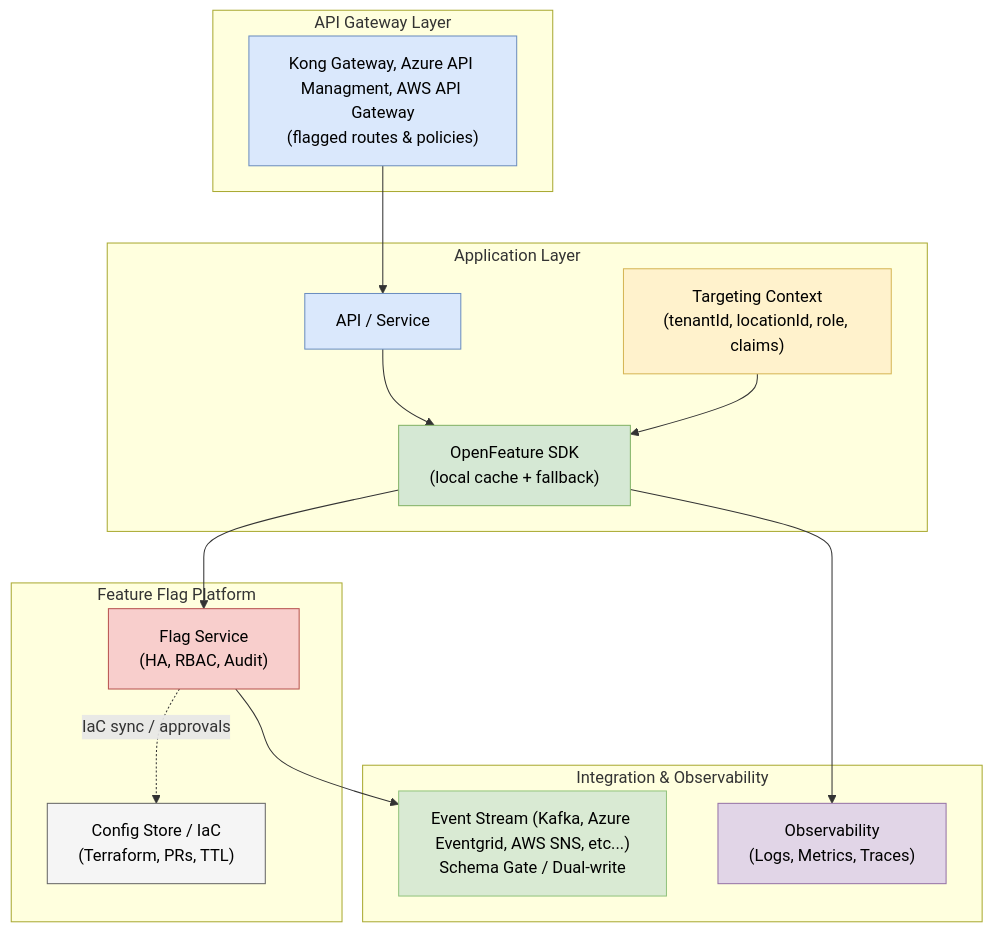
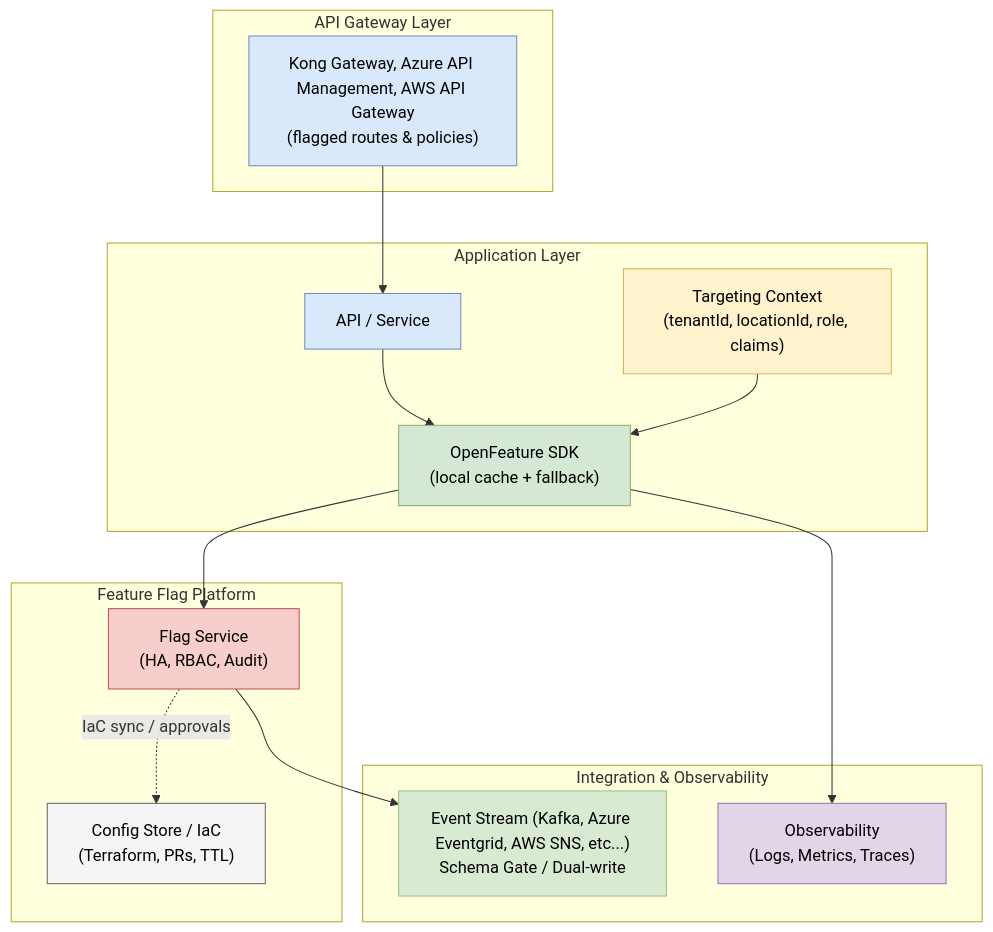
The first of 2 diagrams in _posts/2025-11-05-feature-flags-in-enterprise-applications.md (shawnewallace/shawnewallace.github.com), drawn with Mermaid before and after one commit. The commit also changed other lines of this file, not shown here.

First line of the commit message:
Polish feature flags post: fix typo and improve content flow

````diff
--- a/_posts/2025-11-05-feature-flags-in-enterprise-applications.md
+++ b/_posts/2025-11-05-feature-flags-in-enterprise-applications.md
@@ -86,45 +86,45 @@
 ```mermaid
 flowchart TB
     subgraph Edge["API Gateway Layer"]
-        APIGW["Kong Gateway, Azure API Managment, AWS API Gateway<br/>(flagged routes & policies)"]
+        APIGW["Kong Gateway, Azure API Management, AWS API Gateway<br/>(flagged routes & policies)"]
     end
 
     subgraph App["Application Layer"]
         API["API / Service"]
         CTX["Targeting Context<br/>(tenantId, locationId, role, claims)"]
         SDK["OpenFeature SDK<br/>(local cache + fallback)"]
     end
 
     subgraph FlagSvc["Feature Flag Platform"]
         SVC["Flag Service<br/>(HA, RBAC, Audit)"]
         CFG["Config Store / IaC<br/>(Terraform, PRs, TTL)"]
     end
 
     subgraph Integration["Integration & Observability"]
         OBS["Observability<br/>(Logs, Metrics, Traces)"]
         EDA["Event Stream (Kafka, Azure Eventgrid, AWS SNS, etc...)<br/>Schema Gate / Dual-write"]
     end
 
     APIGW --> API
     API --> SDK
     CTX --> SDK
     SDK --> SVC
     SVC -. "IaC sync / approvals" .-> CFG
     SDK --> OBS
     SVC --> EDA
 
     classDef blue fill:#dae8fc,stroke:#6c8ebf,color:#000;
     classDef green fill:#d5e8d4,stroke:#82b366,color:#000;
     classDef yellow fill:#fff2cc,stroke:#d6b656,color:#000;
     classDef red fill:#f8cecc,stroke:#b85450,color:#000;
     classDef gray fill:#f5f5f5,stroke:#666,color:#000;
     classDef purple fill:#e1d5e7,stroke:#9673a6,color:#000;
     classDef lightgreen fill:#d9ead3,stroke:#93c47d,color:#000;
     class APIGW,API blue
     class SDK green
     class CTX yellow
     class SVC red
     class CFG gray
     class OBS purple
     class EDA lightgreen
 ```
````
